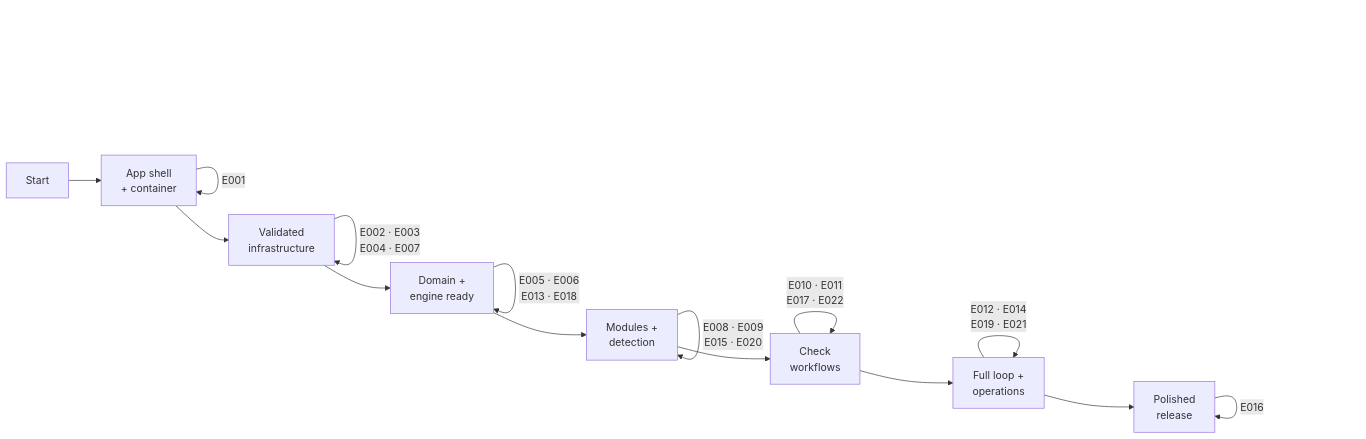
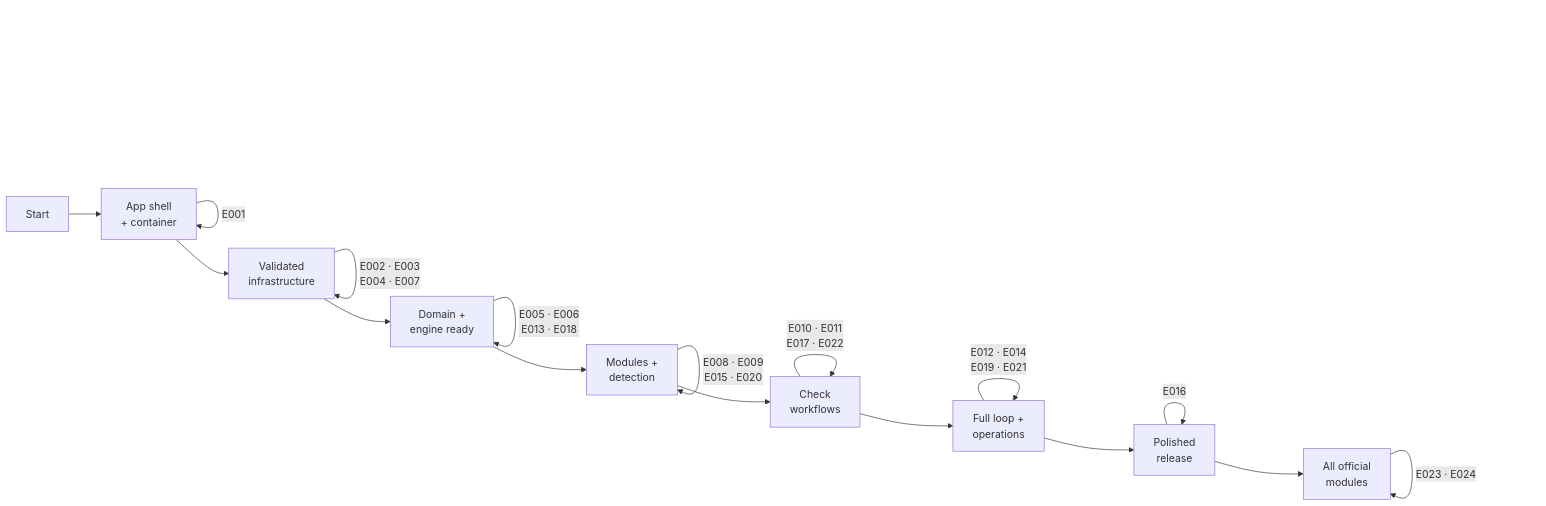
Before and after one commit to attilaszasz/Binocular: the diagram in specs/project-plan.md, drawn with Mermaid. The commit also changed other lines of this file and 1 other file, not shown here.

Commit message:
docs: add Godox Flashes official module to project artifacts

````diff
--- a/specs/project-plan.md
+++ b/specs/project-plan.md
@@ -85,23 +86,26 @@
 ```mermaid
 graph LR
     START["Start"] --> M1["App shell<br>+ container"]
     M1 -->|E001| M1
 
     M1 --> M2["Validated<br>infrastructure"]
     M2 -->|"E002 · E003<br>E004 · E007"| M2
 
     M2 --> M3["Domain +<br>engine ready"]
     M3 -->|"E005 · E006<br>E013 · E018"| M3
 
     M3 --> M4["Modules +<br>detection"]
     M4 -->|"E008 · E009<br>E015 · E020"| M4
 
     M4 --> M5["Check<br>workflows"]
     M5 -->|"E010 · E011<br>E017 · E022"| M5
 
     M5 --> M6["Full loop +<br>operations"]
     M6 -->|"E012 · E014<br>E019 · E021"| M6
 
     M6 --> M7["Polished<br>release"]
     M7 -->|E016| M7
+
+    M7 --> M8["All official<br>modules"]
+    M8 -->|"E023 · E024"| M8
 ```
````
